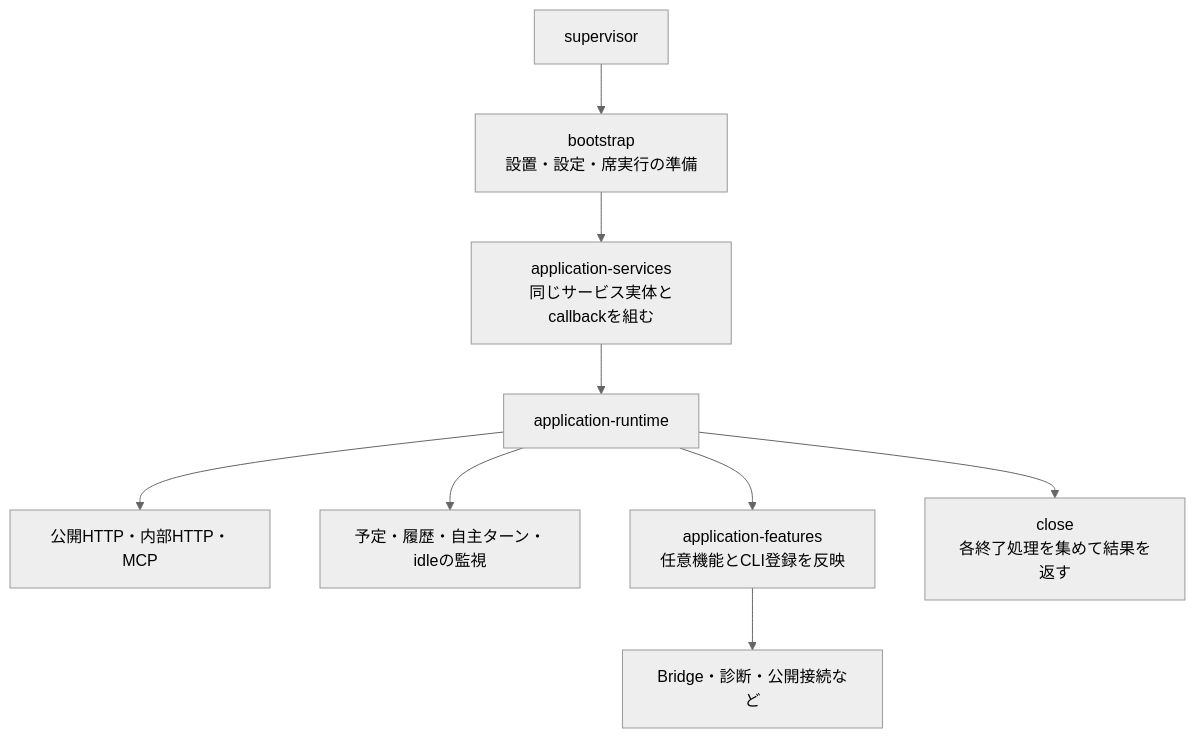
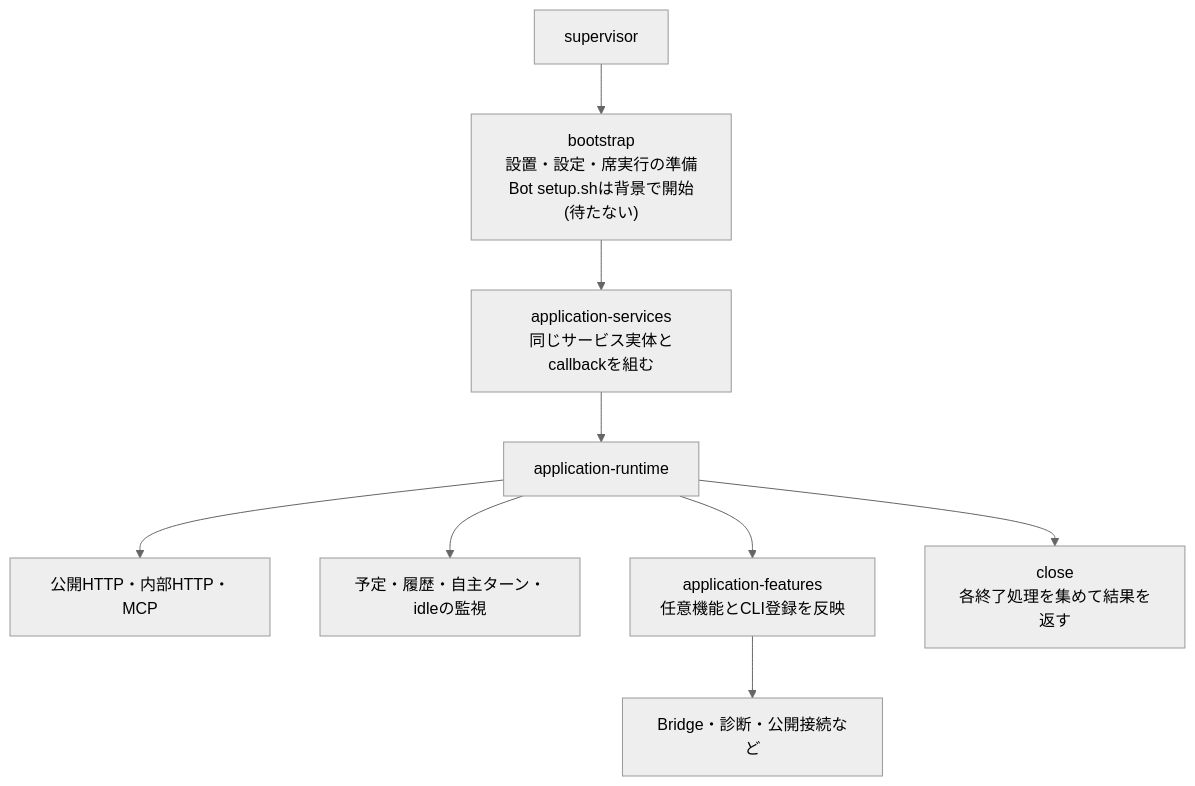
Before and after one commit to kitepon/BellTeam: the third of 4 diagrams in docs/architecture/support-and-runtime.md, drawn with Mermaid (neutral theme). The commit also changed other lines of this file and 9 other files, not shown here.

First line of the commit message:
Run Bot setup.sh in the background so the body listens first

````diff
--- a/docs/architecture/support-and-runtime.md
+++ b/docs/architecture/support-and-runtime.md
@@ -73,11 +73,11 @@
 ```mermaid
 flowchart TB
-  Supervisor["supervisor"] --> Bootstrap["bootstrap<br/>設置・設定・席実行の準備"]
+  Supervisor["supervisor"] --> Bootstrap["bootstrap<br/>設置・設定・席実行の準備<br/>Bot setup.shは背景で開始(待たない)"]
   Bootstrap --> Services["application-services<br/>同じサービス実体とcallbackを組む"]
   Services --> Runtime["application-runtime"]
   Runtime --> HTTP["公開HTTP・内部HTTP・MCP"]
   Runtime --> Watch["予定・履歴・自主ターン・idleの監視"]
   Runtime --> Features["application-features<br/>任意機能とCLI登録を反映"]
   Features --> External["Bridge・診断・公開接続など"]
   Runtime --> Close["close<br/>各終了処理を集めて結果を返す"]
 ```
````
